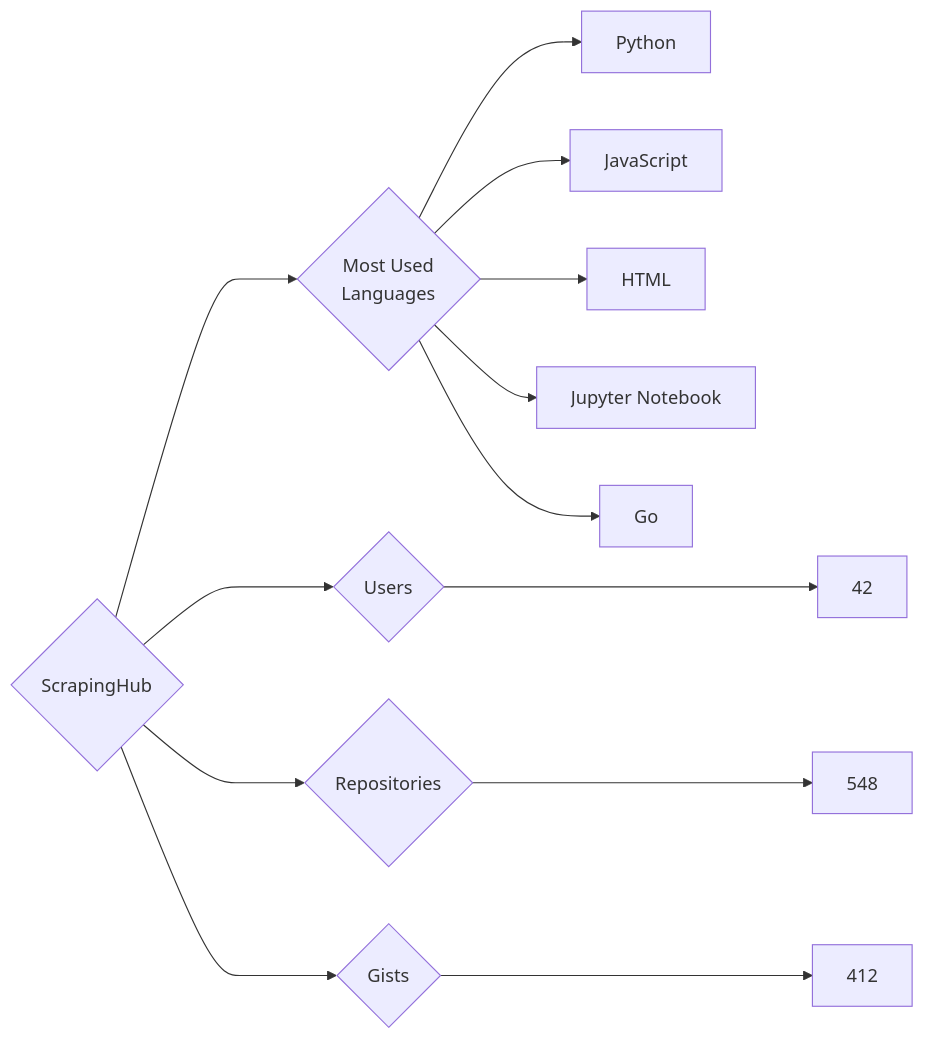
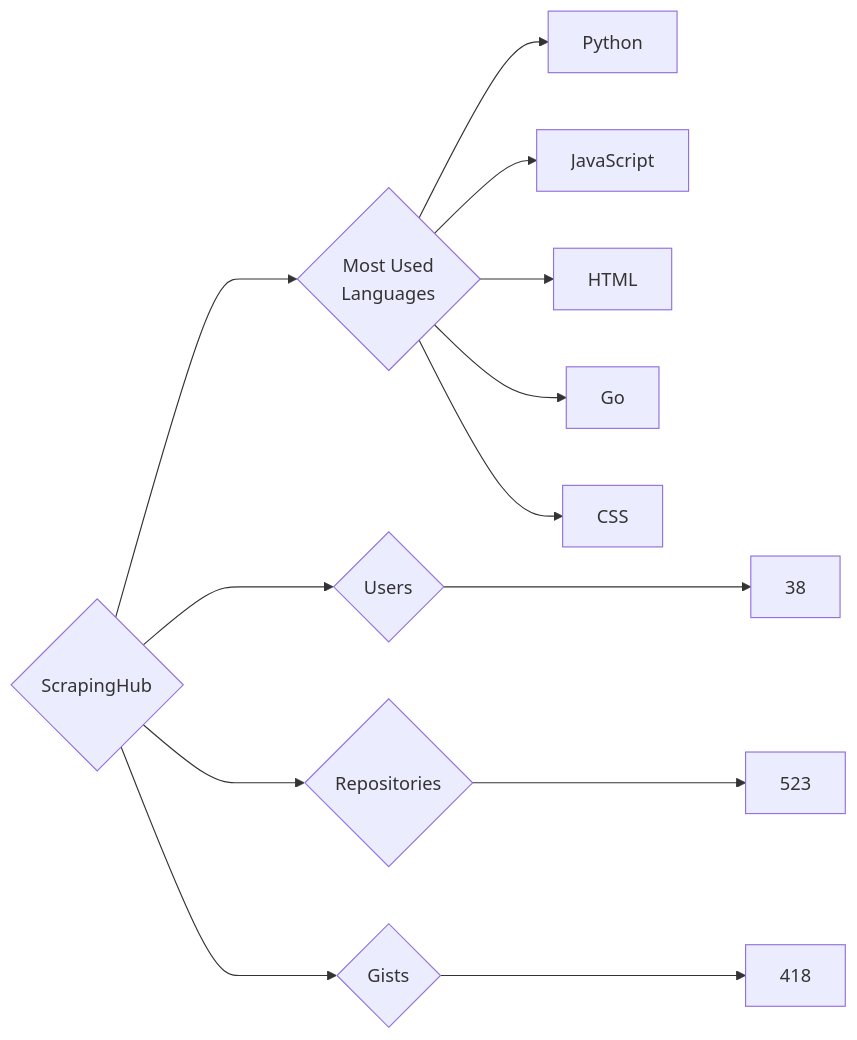
Before and after one commit to trickest/insiders: the diagram in targets/ScrapingHub/README.md, drawn with Mermaid. The commit also changed 939 other files, not shown here.

````diff
--- a/targets/ScrapingHub/README.md
+++ b/targets/ScrapingHub/README.md
@@ -3,13 +3,13 @@
 ```mermaid
 graph LR
 COMPANY_NAME{ScrapingHub}
-COMPANY_NAME ---> U{Users} ---> UN[42]
-COMPANY_NAME ---> R{Repositories} ---> RN[548]
-COMPANY_NAME ---> G{Gists} ---> GN[412]
+COMPANY_NAME ---> U{Users} ---> UN[38]
+COMPANY_NAME ---> R{Repositories} ---> RN[523]
+COMPANY_NAME ---> G{Gists} ---> GN[418]
 COMPANY_NAME ---> ML{Most Used<br>Languages}
 ML --> Python[Python]
 ML --> JavaScript[JavaScript]
 ML --> HTML[HTML]
-ML --> Jupyter_Notebook[Jupyter Notebook]
 ML --> Go[Go]
+ML --> CSS[CSS]
 ```
````
